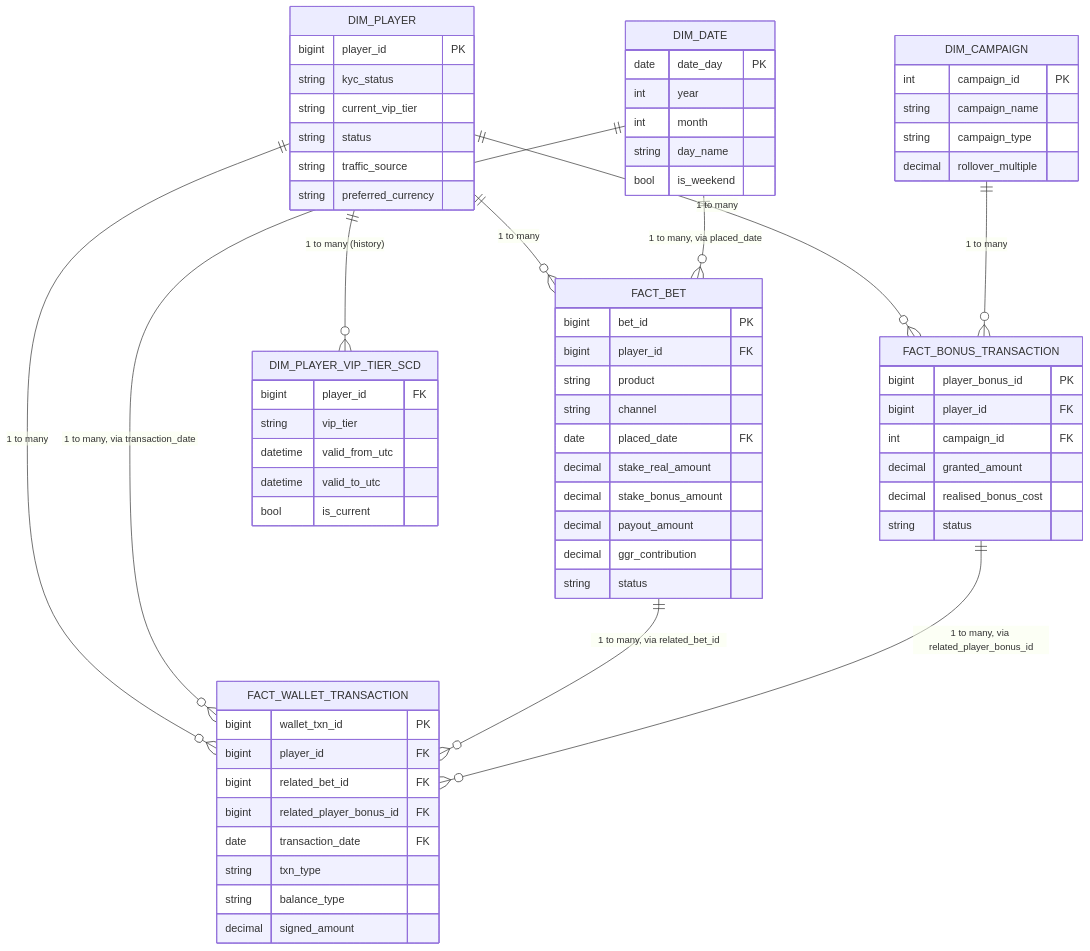
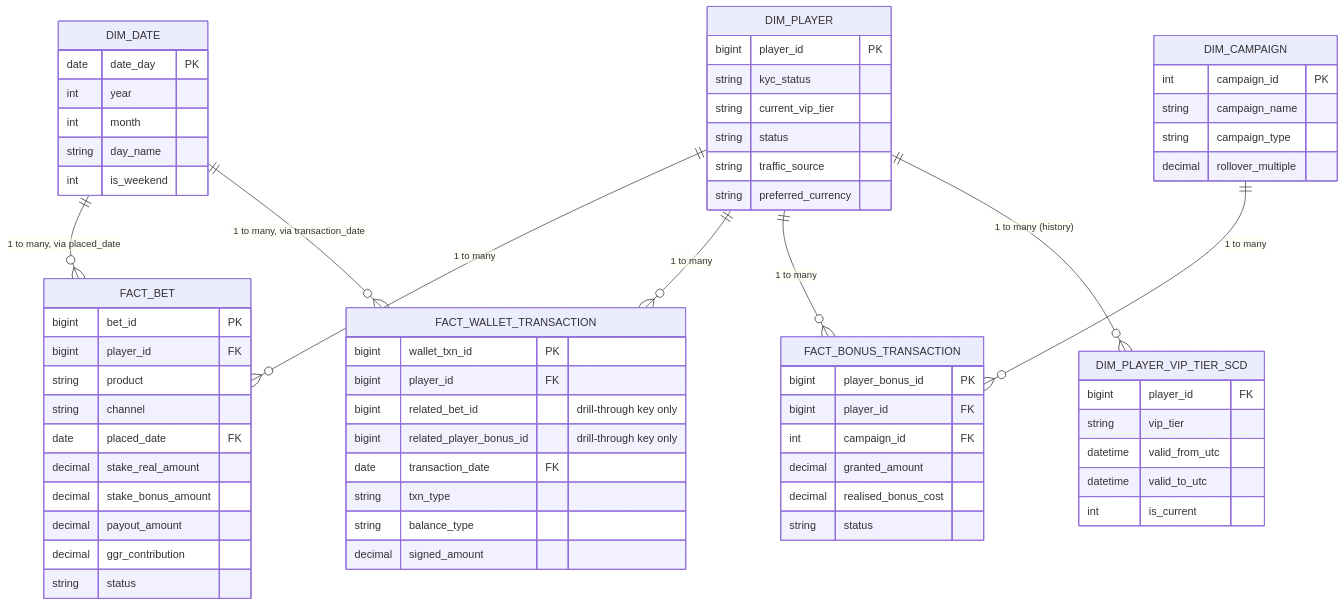
Before and after one commit to anthonyapollis/Libstar-Product-Analytics: the diagram in candidate-assessment/powerbi/model.mmd, drawn with Mermaid. The commit also changed 31 other files, not shown here.

```diff
--- a/candidate-assessment/powerbi/model.mmd
+++ b/candidate-assessment/powerbi/model.mmd
@@ -1,69 +1,67 @@
 erDiagram
     DIM_PLAYER ||--o{ FACT_BET : "1 to many"
     DIM_PLAYER ||--o{ FACT_WALLET_TRANSACTION : "1 to many"
     DIM_PLAYER ||--o{ FACT_BONUS_TRANSACTION : "1 to many"
     DIM_PLAYER ||--o{ DIM_PLAYER_VIP_TIER_SCD : "1 to many (history)"
     DIM_DATE ||--o{ FACT_BET : "1 to many, via placed_date"
     DIM_DATE ||--o{ FACT_WALLET_TRANSACTION : "1 to many, via transaction_date"
     DIM_CAMPAIGN ||--o{ FACT_BONUS_TRANSACTION : "1 to many"
-    FACT_BET ||--o{ FACT_WALLET_TRANSACTION : "1 to many, via related_bet_id"
-    FACT_BONUS_TRANSACTION ||--o{ FACT_WALLET_TRANSACTION : "1 to many, via related_player_bonus_id"
 
     DIM_PLAYER {
         bigint player_id PK
         string kyc_status
         string current_vip_tier
         string status
         string traffic_source
         string preferred_currency
     }
     DIM_PLAYER_VIP_TIER_SCD {
         bigint player_id FK
         string vip_tier
         datetime valid_from_utc
         datetime valid_to_utc
-        bool is_current
+        int is_current
     }
     DIM_CAMPAIGN {
         int campaign_id PK
         string campaign_name
         string campaign_type
         decimal rollover_multiple
     }
     DIM_DATE {
         date date_day PK
         int year
         int month
         string day_name
-        bool is_weekend
+        int is_weekend
     }
     FACT_BET {
         bigint bet_id PK
         bigint player_id FK
         string product
         string channel
         date placed_date FK
         decimal stake_real_amount
         decimal stake_bonus_amount
         decimal payout_amount
         decimal ggr_contribution
         string status
     }
     FACT_WALLET_TRANSACTION {
         bigint wallet_txn_id PK
         bigint player_id FK
-        bigint related_bet_id FK
-        bigint related_player_bonus_id FK
+        bigint related_bet_id "drill-through key only"
+        bigint related_player_bonus_id "drill-through key only"
         date transaction_date FK
         string txn_type
         string balance_type
         decimal signed_amount
     }
     FACT_BONUS_TRANSACTION {
         bigint player_bonus_id PK
         bigint player_id FK
         int campaign_id FK
         decimal granted_amount
         decimal realised_bonus_cost
         string status
     }
```
